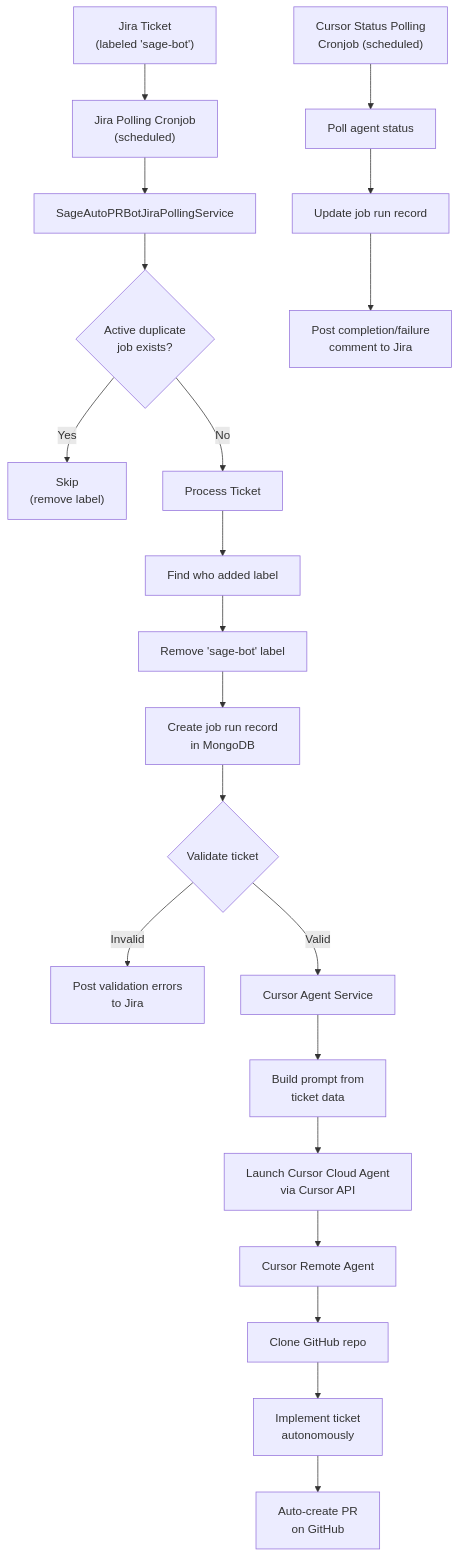
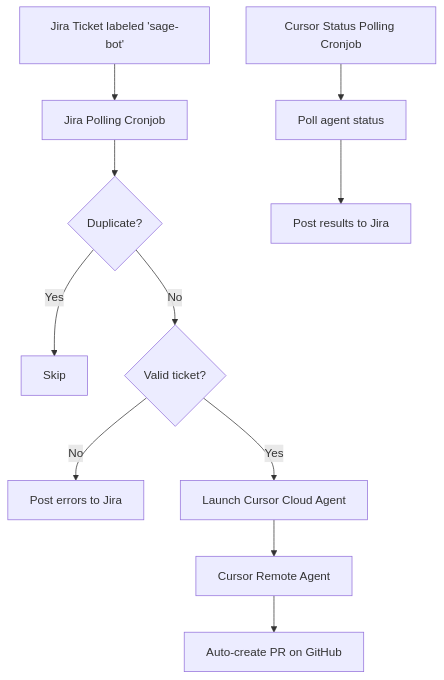
One commit to evergreen-ci/sage changed the third of 4 diagrams in docs/architecture.md. Above: the diagram before and after it, drawn with Mermaid. The commit also changed other lines of this file and 2 other files, not shown here.

Commit message:
simplify diagrams

````diff
--- a/docs/architecture.md
+++ b/docs/architecture.md
@@ -182,29 +116,16 @@
 ```mermaid
 flowchart TD
-    Ticket["Jira Ticket\n(labeled 'sage-bot')"] --> Poll["Jira Polling Cronjob\n(scheduled)"]
-    Poll --> Service["SageAutoPRBotJiraPollingService"]
+    Ticket["Jira Ticket labeled 'sage-bot'"] --> Poll["Jira Polling Cronjob"]
+    Poll --> Dup{"Duplicate?"}
+    Dup -->|Yes| Skip["Skip"]
+    Dup -->|No| Validate{"Valid ticket?"}
 
-    Service --> Dup{"Active duplicate\njob exists?"}
-    Dup -->|Yes| Skip["Skip\n(remove label)"]
-    Dup -->|No| Process["Process Ticket"]
+    Validate -->|No| Error["Post errors to Jira"]
+    Validate -->|Yes| Launch["Launch Cursor Cloud Agent"]
 
-    Process --> FindUser["Find who added label"]
-    FindUser --> RemoveLabel["Remove 'sage-bot' label"]
-    RemoveLabel --> CreateJob["Create job run record\nin MongoDB"]
-    CreateJob --> Validate{"Validate ticket"}
+    Launch --> Agent["Cursor Remote Agent"]
+    Agent --> PR["Auto-create PR on GitHub"]
 
-    Validate -->|Invalid| PostError["Post validation errors\nto Jira"]
-    Validate -->|Valid| Launch["Cursor Agent Service"]
-
-    Launch --> BuildPrompt["Build prompt from\nticket data"]
-    BuildPrompt --> LaunchAgent["Launch Cursor Cloud Agent\nvia Cursor API"]
-    LaunchAgent --> CursorAgent["Cursor Remote Agent"]
-
-    CursorAgent --> Clone["Clone GitHub repo"]
-    Clone --> Implement["Implement ticket\nautonomously"]
-    Implement --> PR["Auto-create PR\non GitHub"]
-
-    StatusPoll["Cursor Status Polling\nCronjob (scheduled)"] --> CheckStatus["Poll agent status"]
-    CheckStatus --> UpdateJob["Update job run record"]
-    UpdateJob --> Comment["Post completion/failure\ncomment to Jira"]
+    StatusPoll["Cursor Status Polling Cronjob"] --> Status["Poll agent status"]
+    Status --> Comment["Post results to Jira"]
 ```
````
